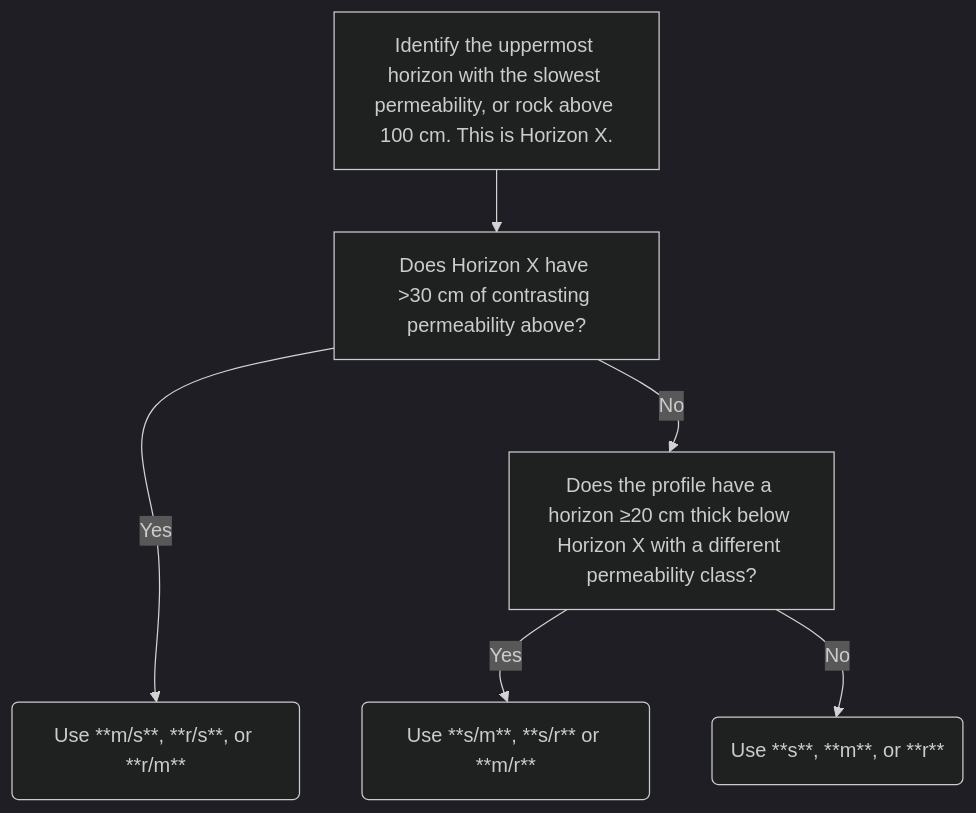
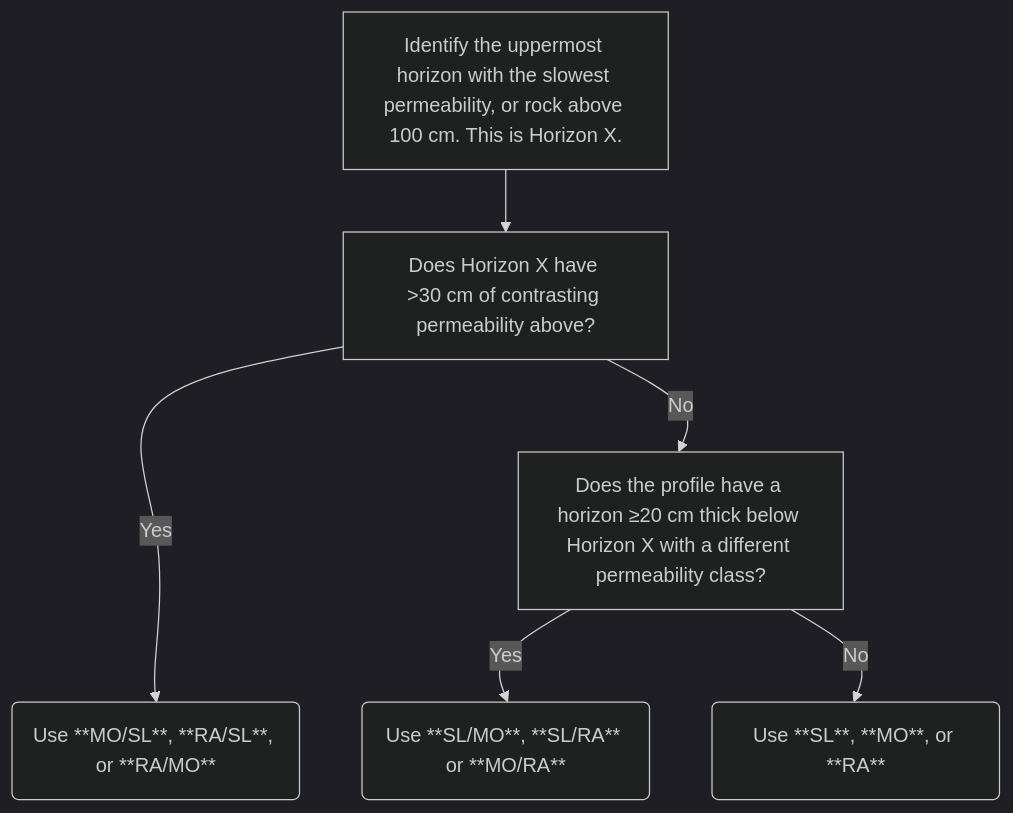
One commit to manaakiwhenua/NZ_soildesc_2024 changed the diagram in in_02_profile_behaviour.qmd. Above: the diagram before and after it, drawn with Mermaid (dark theme). The commit also changed other lines of this file and 12 other files, not shown here.

````diff
--- a/in_02_profile_behaviour.qmd
+++ b/in_02_profile_behaviour.qmd
@@ -219,13 +219,13 @@
 ```{mermaid}
 %%| label: fig-in-famperm
 %%| fig-cap: "Profile permeability class flowchart"
 
 %%{ init: { 'flowchart': { 'curve': 'natural' } } }%%
 graph TD
   A["Identify the uppermost horizon with the slowest permeability, or rock above 100 cm. This is Horizon X."]-->B["Does Horizon X have >30 cm of contrasting permeability above?"]
-  B--->|Yes|C("Use **m/s**, **r/s**, or **r/m**")
+  B--->|Yes|C("Use **MO/SL**, **RA/SL**, or **RA/MO**")
   B--> |No|D["Does the profile have a horizon ≥20 cm thick below Horizon X with a different permeability class?"]
-  D-->|Yes|E("Use **s/m**, **s/r** or **m/r**")
-  D-->|No|F("Use **s**, **m**, or **r**")
+  D-->|Yes|E("Use **SL/MO**, **SL/RA** or **MO/RA**")
+  D-->|No|F("Use **SL**, **MO**, or **RA**")
   
 ```
````
